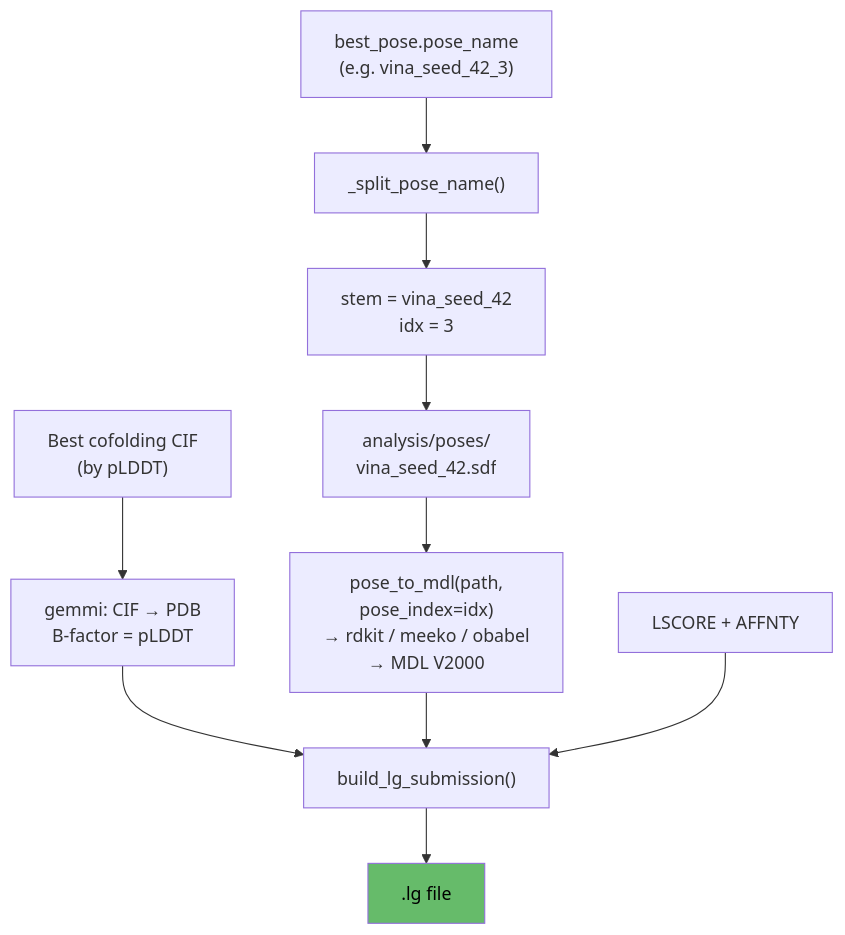
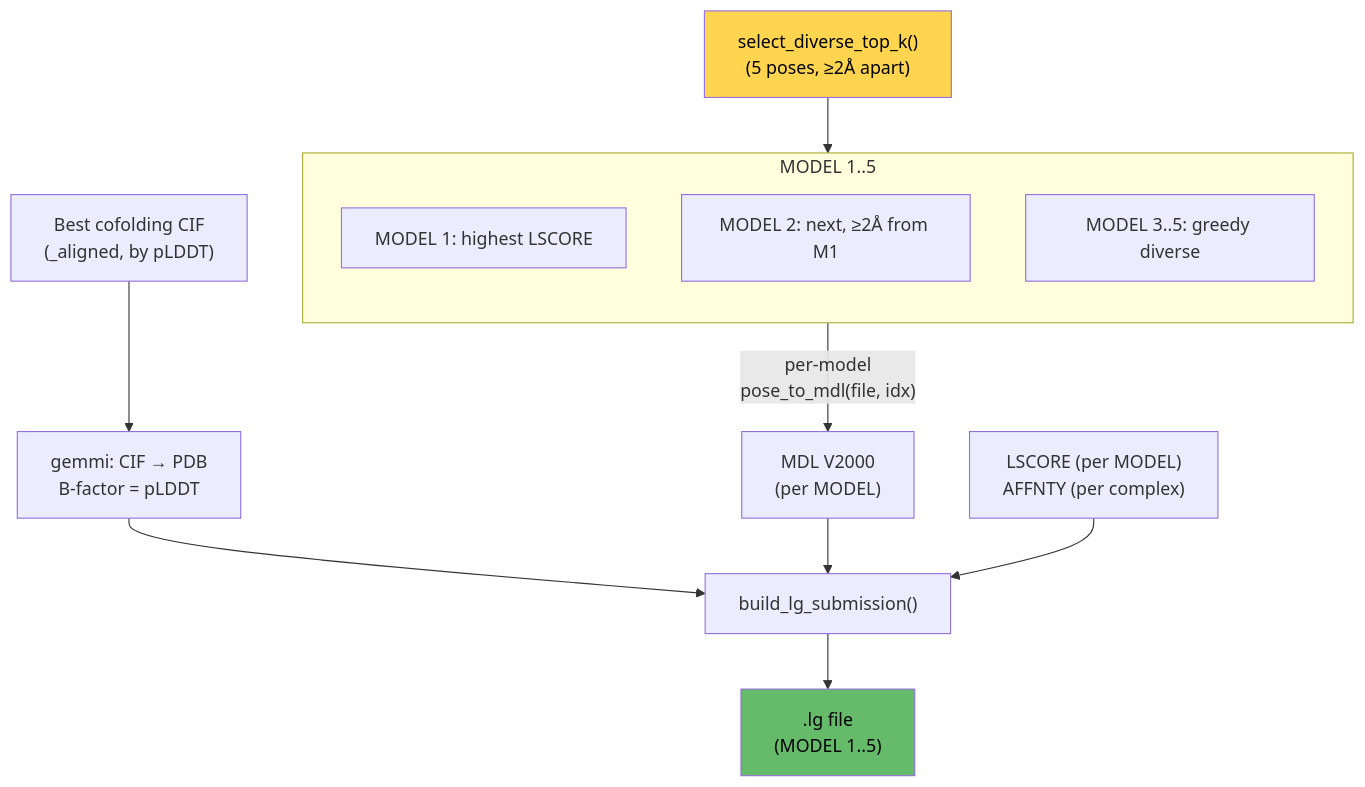
Diagram 21 of 23 in docs/pipeline.md (eightmm/mosaic-pl), drawn with Mermaid before and after one commit. The commit also changed other lines of this file, not shown here.

First line of the commit message:
docs: update pipeline.md for frame alignment, cofolding box center, top-5 diverse submission

````diff
--- a/docs/pipeline.md
+++ b/docs/pipeline.md
@@ -589,14 +667,22 @@
 ```mermaid
 flowchart TB
-    CIF["Best cofolding CIF\n(by pLDDT)"] --> PDB["gemmi: CIF → PDB\nB-factor = pLDDT"]
-    NAME["best_pose.pose_name\n(e.g. vina_seed_42_3)"] --> SPLIT["_split_pose_name()"]
-    SPLIT --> STEM["stem = vina_seed_42\nidx = 3"]
-    STEM --> POSE["analysis/poses/\nvina_seed_42.sdf"]
-    POSE --> MDL["pose_to_mdl(path,\n  pose_index=idx)\n→ rdkit / meeko / obabel\n→ MDL V2000"]
-    SCORES["LSCORE + AFFNTY"]
+    CIF["Best cofolding CIF\n(_aligned, by pLDDT)"] --> PDB["gemmi: CIF → PDB\nB-factor = pLDDT"]
+    SEL["select_diverse_top_k()\n(5 poses, ≥2Å apart)"]
+
+    subgraph MODELS["MODEL 1..5"]
+        direction TB
+        M1["MODEL 1: highest LSCORE"]
+        M2["MODEL 2: next, ≥2Å from M1"]
+        M3["MODEL 3..5: greedy diverse"]
+    end
+
+    SEL --> MODELS
+    MODELS -->|"per-model\npose_to_mdl(file, idx)"| MDL["MDL V2000\n(per MODEL)"]
+    SCORES["LSCORE (per MODEL)\nAFFNTY (per complex)"]
 
     PDB & MDL & SCORES --> BUILD["build_lg_submission()"]
-    BUILD --> LG[".lg file"]
+    BUILD --> LG[".lg file\n(MODEL 1..5)"]
 
     style LG fill:#66bb6a,color:#000
+    style SEL fill:#ffd54f,color:#000
 ```
````
